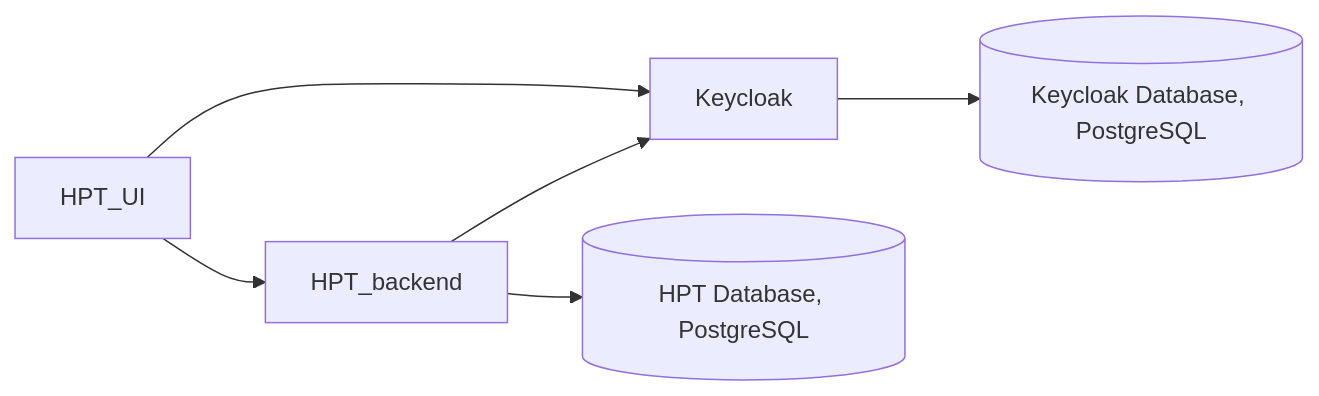
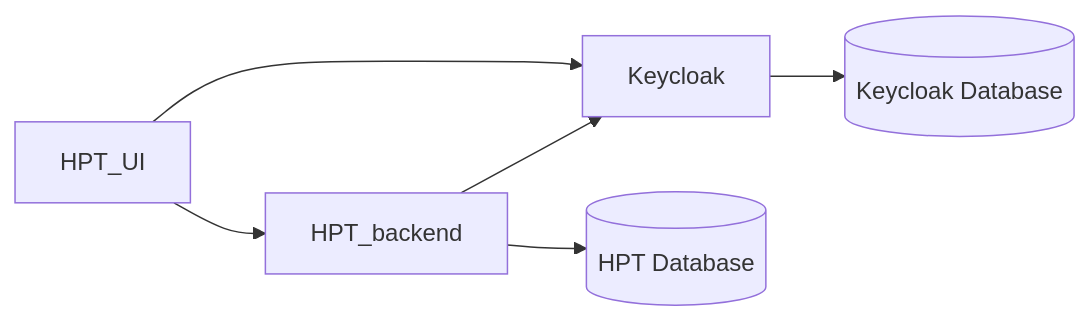
The diagram in README.md (bastoker/testcontainers-workshop), drawn with Mermaid before and after one commit.

````diff
--- a/README.md
+++ b/README.md
@@ -21,8 +21,8 @@
 ```mermaid
 graph LR;
     HPT_UI-->HPT_backend
     HPT_UI-->Keycloak
-    HPT_backend-->PostgreSQL_hpt[(HPT Database, PostgreSQL)];
+    HPT_backend-->PostgreSQL_hpt[(HPT Database)];
     HPT_backend-->Keycloak;
-    Keycloak-->PostgreSQL_keycloak[(Keycloak Database, PostgreSQL)];
+    Keycloak-->PostgreSQL_keycloak[(Keycloak Database)];
 ```
````
